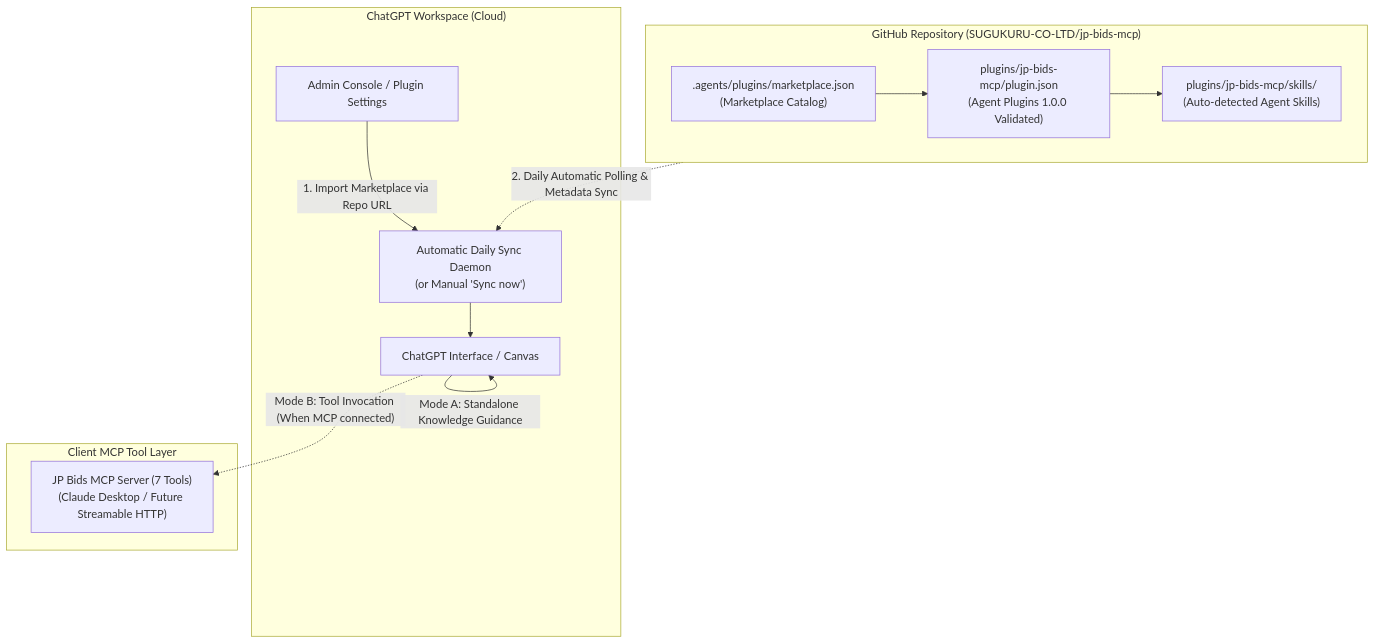
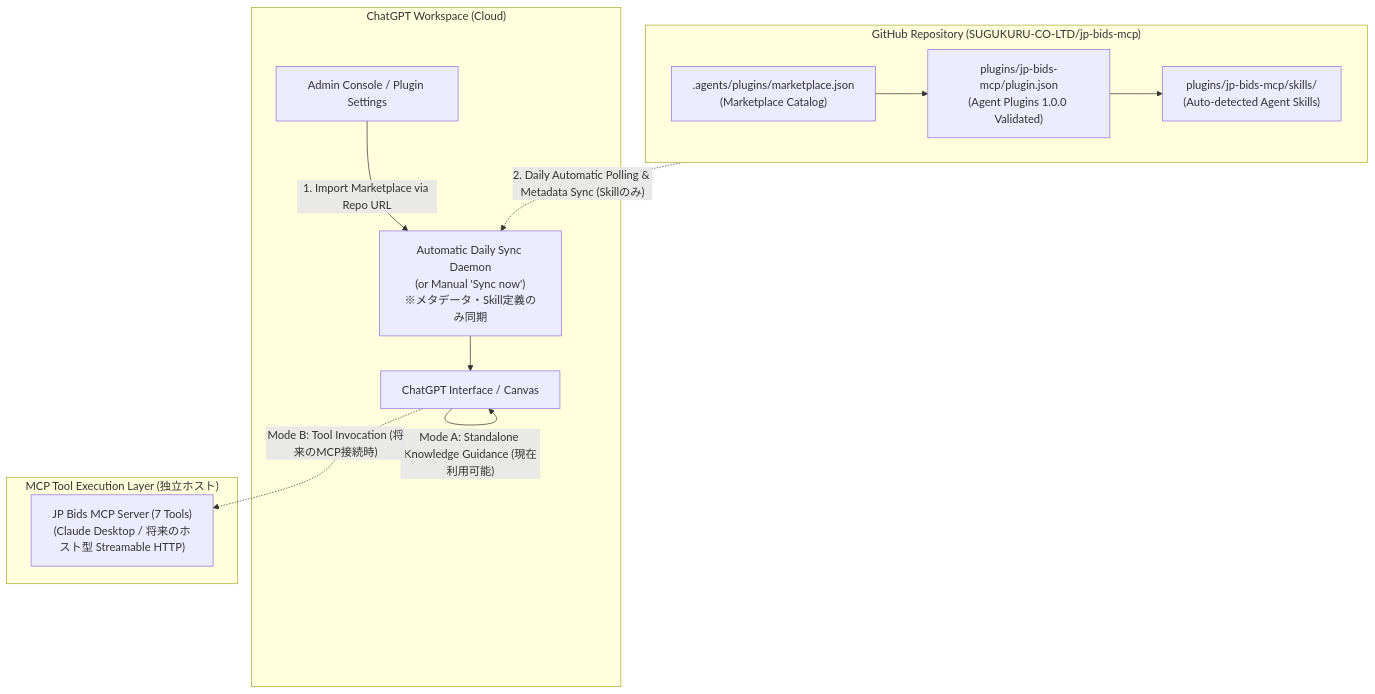
Before and after one commit to SUGUKURU-CO-LTD/jp-bids-mcp: the diagram in docs/chatgpt/GITHUB_MARKETPLACE_SETUP.md, drawn with Mermaid. The commit also changed other lines of this file and 2 other files, not shown here.

Commit message:
fix(chatgpt): move displayName to extensions.com.openai.interface and document Gate A skill-only scope

````diff
--- a/docs/chatgpt/GITHUB_MARKETPLACE_SETUP.md
+++ b/docs/chatgpt/GITHUB_MARKETPLACE_SETUP.md
@@ -11,29 +11,29 @@
 ```mermaid
 flowchart TD
   subgraph GitHub["GitHub Repository (SUGUKURU-CO-LTD/jp-bids-mcp)"]
     Marketplace[".agents/plugins/marketplace.json\n(Marketplace Catalog)"]
     PluginManifest["plugins/jp-bids-mcp/plugin.json\n(Agent Plugins 1.0.0 Validated)"]
     Skills["plugins/jp-bids-mcp/skills/\n(Auto-detected Agent Skills)"]
     Marketplace --> PluginManifest
     PluginManifest --> Skills
   end
 
   subgraph ChatGPT["ChatGPT Workspace (Cloud)"]
     Admin["Admin Console / Plugin Settings"]
-    CatalogSync["Automatic Daily Sync Daemon\n(or Manual 'Sync now')"]
+    CatalogSync["Automatic Daily Sync Daemon\n(or Manual 'Sync now')\n※メタデータ・Skill定義のみ同期"]
     ChatInterface["ChatGPT Interface / Canvas"]
   end
 
-  subgraph ClientEnvironment["Client MCP Tool Layer"]
-    MCPTool["JP Bids MCP Server (7 Tools)\n(Claude Desktop / Future Streamable HTTP)"]
+  subgraph ClientEnvironment["MCP Tool Execution Layer (独立ホスト)"]
+    MCPTool["JP Bids MCP Server (7 Tools)\n(Claude Desktop / 将来のホスト型 Streamable HTTP)"]
   end
 
   %% Sync Flow
   Admin -- "1. Import Marketplace via Repo URL" --> CatalogSync
-  GitHub -. "2. Daily Automatic Polling & Metadata Sync" .-> CatalogSync
+  GitHub -. "2. Daily Automatic Polling & Metadata Sync (Skillのみ)" .-> CatalogSync
   CatalogSync --> ChatInterface
 
   %% Execution Flow
-  ChatInterface -- "Mode A: Standalone Knowledge Guidance" --> ChatInterface
-  ChatInterface -. "Mode B: Tool Invocation (When MCP connected)" .-> MCPTool
+  ChatInterface -- "Mode A: Standalone Knowledge Guidance (現在利用可能)" --> ChatInterface
+  ChatInterface -. "Mode B: Tool Invocation (将来のMCP接続時)" .-> MCPTool
 ```
````
